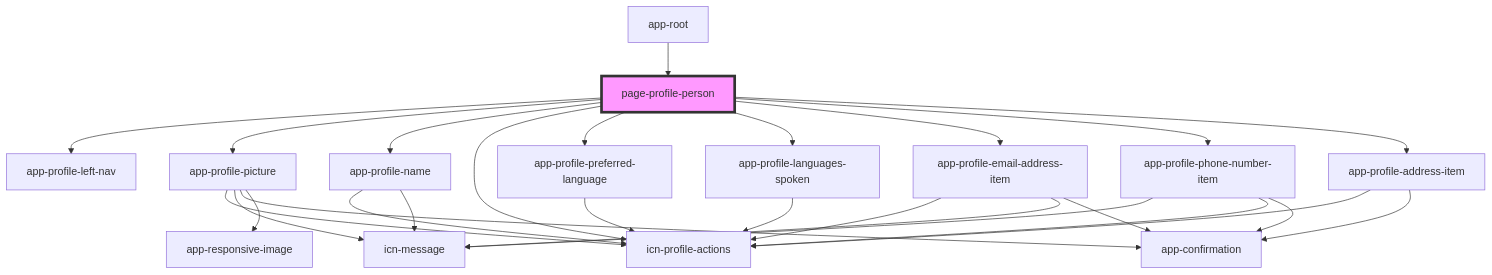
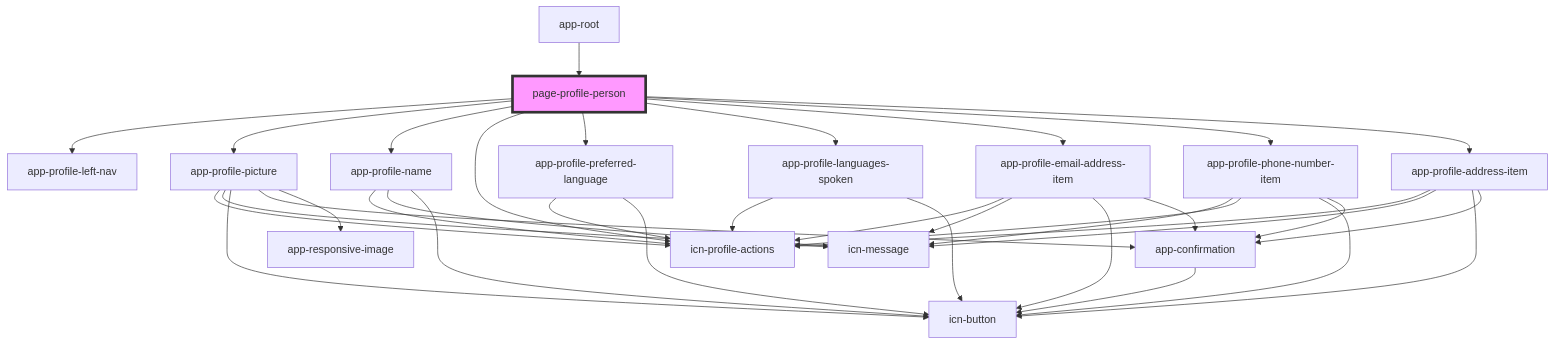
Before and after one commit to lokheed/IconEventNetwork.Web: the diagram in iconeventnetwork-web/src/components/pages/page-profile-person/readme.md, drawn with Mermaid. The commit also changed 61 other files, not shown here.

First line of the commit message:
Created icn-button component

````diff
--- a/iconeventnetwork-web/src/components/pages/page-profile-person/readme.md
+++ b/iconeventnetwork-web/src/components/pages/page-profile-person/readme.md
@@ -27,30 +27,39 @@
 ```mermaid
 graph TD;
   page-profile-person --> app-profile-left-nav
   page-profile-person --> app-profile-picture
   page-profile-person --> app-profile-name
   page-profile-person --> icn-profile-actions
   page-profile-person --> app-profile-preferred-language
   page-profile-person --> app-profile-languages-spoken
   page-profile-person --> app-profile-email-address-item
   page-profile-person --> app-profile-phone-number-item
   page-profile-person --> app-profile-address-item
   app-profile-picture --> icn-profile-actions
   app-profile-picture --> icn-message
+  app-profile-picture --> icn-button
   app-profile-picture --> app-confirmation
   app-profile-picture --> app-responsive-image
+  app-confirmation --> icn-button
   app-profile-name --> icn-profile-actions
   app-profile-name --> icn-message
+  app-profile-name --> icn-button
   app-profile-preferred-language --> icn-profile-actions
+  app-profile-preferred-language --> icn-button
   app-profile-languages-spoken --> icn-profile-actions
+  app-profile-languages-spoken --> icn-button
   app-profile-email-address-item --> icn-profile-actions
   app-profile-email-address-item --> icn-message
+  app-profile-email-address-item --> icn-button
   app-profile-email-address-item --> app-confirmation
   app-profile-phone-number-item --> icn-message
   app-profile-phone-number-item --> icn-profile-actions
+  app-profile-phone-number-item --> icn-button
   app-profile-phone-number-item --> app-confirmation
   app-profile-address-item --> icn-profile-actions
+  app-profile-address-item --> icn-message
+  app-profile-address-item --> icn-button
   app-profile-address-item --> app-confirmation
   app-root --> page-profile-person
   style page-profile-person fill:#f9f,stroke:#333,stroke-width:4px
 ```
````
